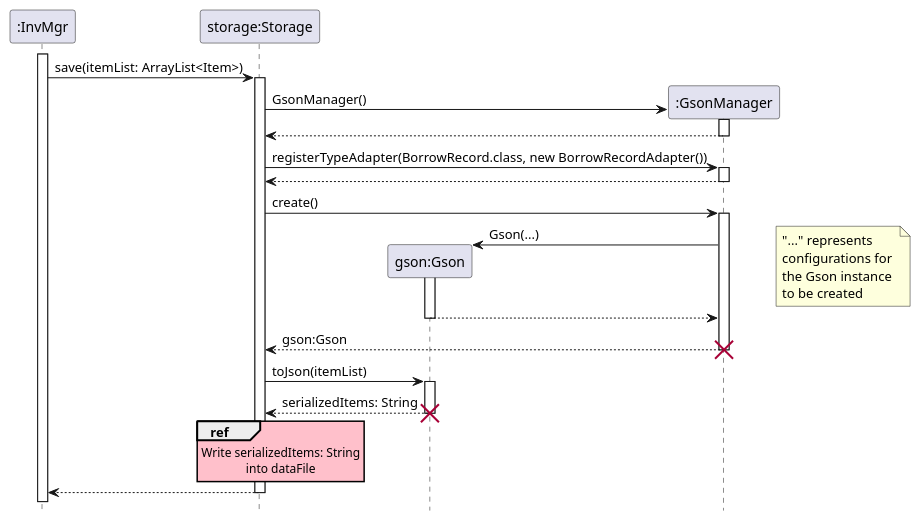
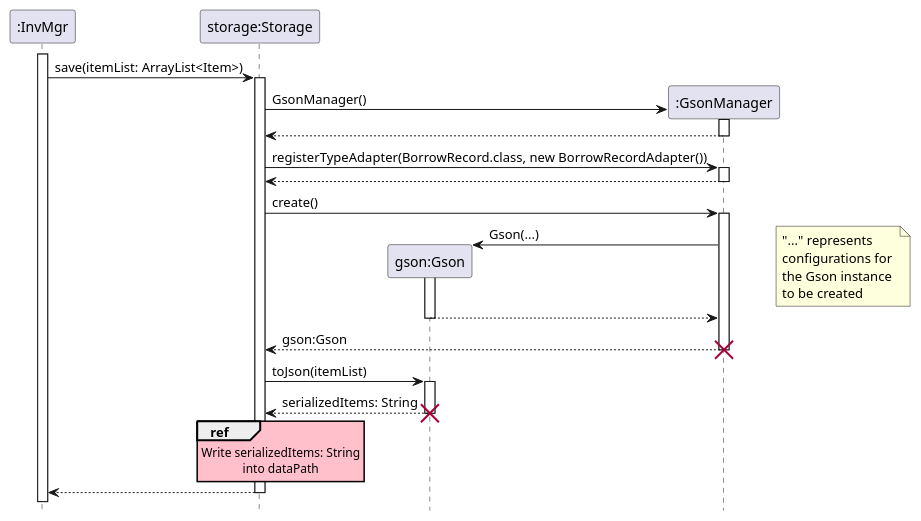
The diagram in docs/diagrams/StorageSaveSequenceDiagram.puml (nus-cs2113-AY2122S2/tp), drawn with PlantUML before and after one commit. The commit also changed 9 other files, not shown here.

```diff
--- a/docs/diagrams/StorageSaveSequenceDiagram.puml
+++ b/docs/diagrams/StorageSaveSequenceDiagram.puml
@@ -1,47 +1,47 @@
 @startuml
 
 hide footbox
 skinparam SequenceReferenceBackgroundColor pink
 
 participant ":InvMgr" as InvMgr
 participant "storage:Storage" as Storage
 participant "gson:Gson" as Gson
 participant ":GsonManager" as GsonManager
 
 
 activate InvMgr
     InvMgr -> Storage : save(itemList: ArrayList<Item>)
     activate Storage
 
         create GsonManager
         Storage -> GsonManager: GsonManager()
         activate GsonManager
         return
 
         Storage -> GsonManager: registerTypeAdapter(BorrowRecord.class, new BorrowRecordAdapter())
         activate GsonManager
         return
 
         Storage -> GsonManager: create()
         activate GsonManager
             create Gson
             GsonManager -> Gson: Gson(...)
             activate Gson
             note right: "..." represents \nconfigurations for \nthe Gson instance \nto be created
             return
         return gson:Gson
         destroy GsonManager
 
         Storage -> Gson : toJson(itemList)
         activate Gson
         return serializedItems: String
         destroy Gson
 
         ref over Storage
             Write serializedItems: String
-            into dataFile
+            into dataPath
         end ref
 
     return
 
 @enduml
```
